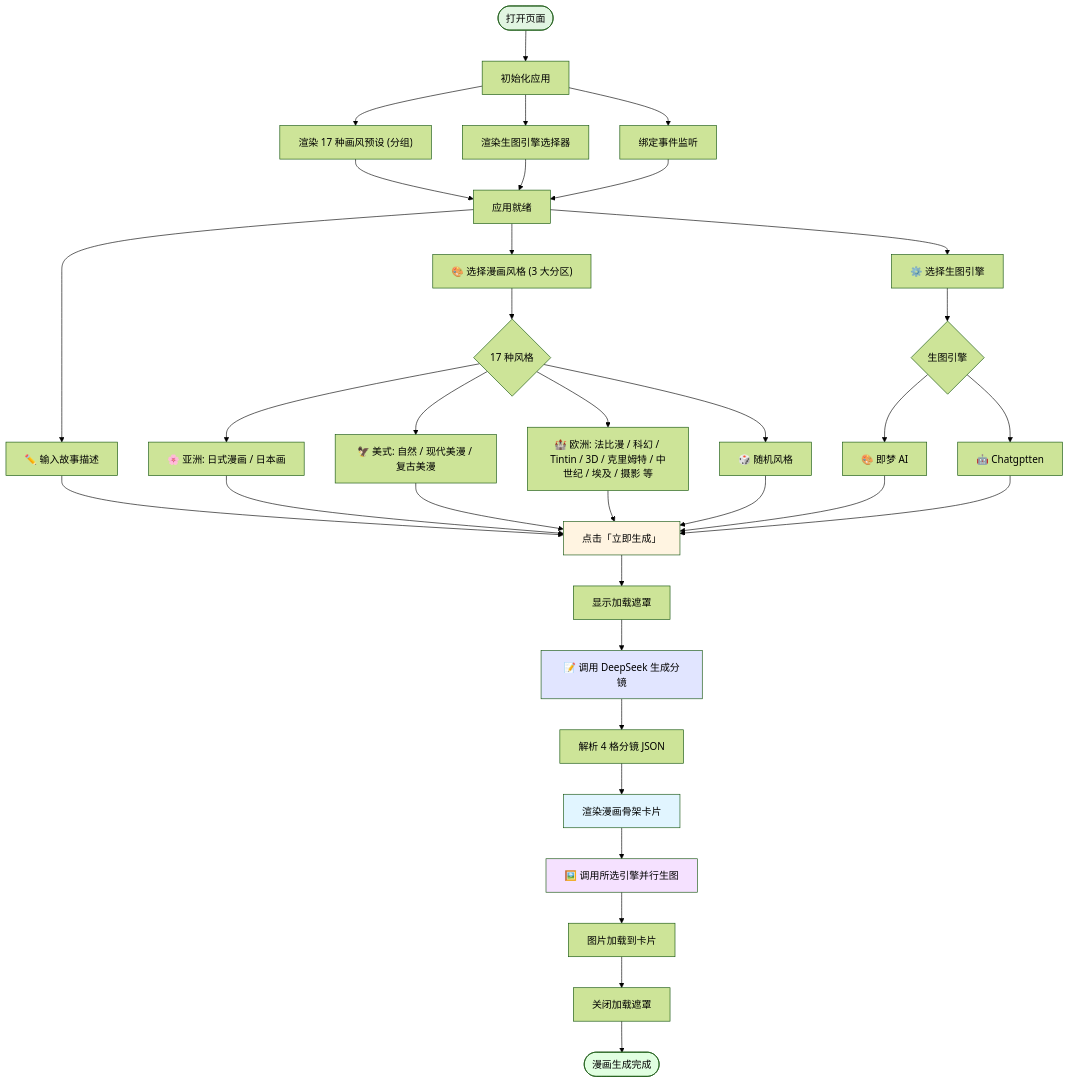
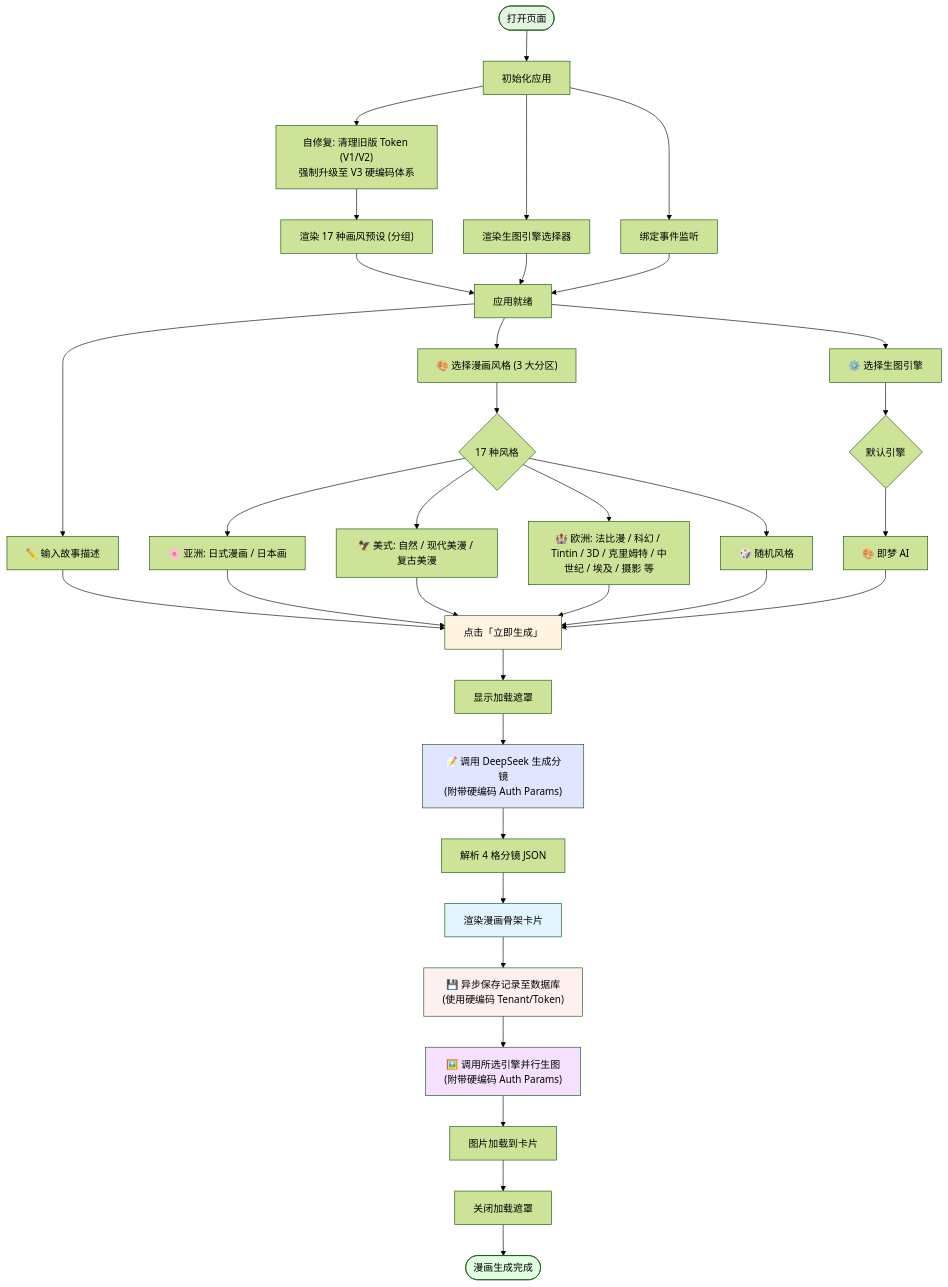
One commit to gersy0716-cloud/CompanyMAMALE changed the first of 4 diagrams in 项目/待完成项目/生成漫画/docs/工作流程图.md. Above: the diagram before and after it, drawn with Mermaid (forest theme). The commit also changed other lines of this file and 28 other files, not shown here.

Commit message:
feat: complete UI integration, fix auth parameters and cleanup engines

````diff
--- a/项目/待完成项目/生成漫画/docs/工作流程图.md
+++ b/项目/待完成项目/生成漫画/docs/工作流程图.md
@@ -5,49 +5,50 @@
 ```mermaid
 flowchart TD
     Start([打开页面]) --> Init[初始化应用]
-    Init --> RenderPresets["渲染 17 种画风预设 (分组)"]
+    Init --> CheckV3["自修复: 清理旧版 Token (V1/V2)\n强制升级至 V3 硬编码体系"]
+    CheckV3 --> RenderPresets["渲染 17 种画风预设 (分组)"]
     Init --> RenderEngines[渲染生图引擎选择器]
     Init --> BindEvents[绑定事件监听]
     RenderPresets --> Ready[应用就绪]
     RenderEngines --> Ready
     BindEvents --> Ready
 
     Ready --> SelectStyle["🎨 选择漫画风格 (3 大分区)"]
     Ready --> SelectEngine["⚙️ 选择生图引擎"]
     Ready --> InputPrompt["✏️ 输入故事描述"]
 
     SelectStyle --> StyleGroups{17 种风格}
     StyleGroups --> GA["🌸 亚洲: 日式漫画 / 日本画"]
     StyleGroups --> GB["🦅 美式: 自然 / 现代美漫 / 复古美漫"]
     StyleGroups --> GC["🏰 欧洲: 法比漫 / 科幻 / Tintin / 3D / 克里姆特 / 中世纪 / 埃及 / 摄影 等"]
     StyleGroups --> GR["🎲 随机风格"]
 
-    SelectEngine --> Engines{生图引擎}
+    SelectEngine --> Engines{默认引擎}
     Engines --> E1["🎨 即梦 AI"]
-    Engines --> E2["🤖 Chatgptten"]
 
     InputPrompt --> ClickGenerate["点击「立即生成」"]
     GA --> ClickGenerate
     GB --> ClickGenerate
     GC --> ClickGenerate
     GR --> ClickGenerate
     E1 --> ClickGenerate
-    E2 --> ClickGenerate
 
     ClickGenerate --> ShowLoading["显示加载遮罩"]
-    ShowLoading --> PredictPanels["📝 调用 DeepSeek 生成分镜"]
+    ShowLoading --> PredictPanels["📝 调用 DeepSeek 生成分镜\n(附带硬编码 Auth Params)"]
     PredictPanels --> ParseJSON["解析 4 格分镜 JSON"]
     ParseJSON --> RenderSkeleton["渲染漫画骨架卡片"]
 
-    RenderSkeleton --> DrawPanels["🖼️ 调用所选引擎并行生图"]
+    RenderSkeleton --> DB_Save["💾 异步保存记录至数据库\n(使用硬编码 Tenant/Token)"]
+    DB_Save --> DrawPanels["🖼️ 调用所选引擎并行生图\n(附带硬编码 Auth Params)"]
     DrawPanels --> FillImages[图片加载到卡片]
     FillImages --> HideLoading[关闭加载遮罩]
     HideLoading --> Done([漫画生成完成])
 
     style Start fill:#e1f5e1
     style Done fill:#e1ffe1
     style ClickGenerate fill:#fff4e1
     style PredictPanels fill:#e1e5ff
     style DrawPanels fill:#f5e1ff
     style RenderSkeleton fill:#e1f5ff
+    style DB_Save fill:#fff0f0
 ```
````
